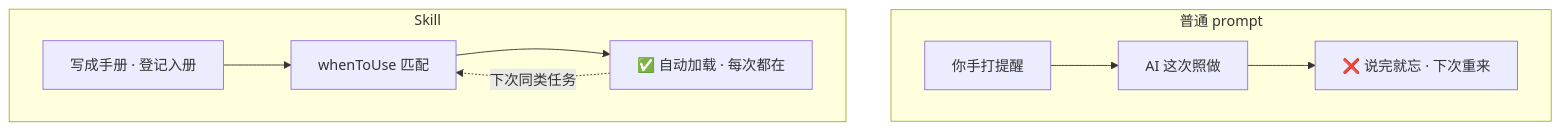
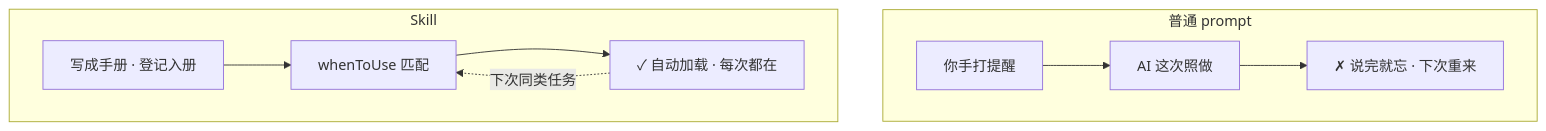
The fourth of 8 diagrams in docs/02_CONCEPTS_概念入门/CONCEPT/[CONCEPT-05] 什么是Skill-技能.md (luckykhy/KhyAiHub), drawn with Mermaid before and after one commit. The commit also changed other lines of this file and 19 other files, not shown here.

````diff
--- a/docs/02_CONCEPTS_概念入门/CONCEPT/[CONCEPT-05] 什么是Skill-技能.md
+++ b/docs/02_CONCEPTS_概念入门/CONCEPT/[CONCEPT-05] 什么是Skill-技能.md
@@ -176,10 +176,10 @@
 ```mermaid
 flowchart TB
   subgraph P["普通 prompt"]
-    P1[你手打提醒] --> P2[AI 这次照做] --> P3[❌ 说完就忘 · 下次重来]
+    P1[你手打提醒] --> P2[AI 这次照做] --> P3[✗ 说完就忘 · 下次重来]
   end
   subgraph K["Skill"]
-    K1[写成手册 · 登记入册] --> K2[whenToUse 匹配] --> K3[✅ 自动加载 · 每次都在]
+    K1[写成手册 · 登记入册] --> K2[whenToUse 匹配] --> K3[✓ 自动加载 · 每次都在]
     K3 -.下次同类任务.-> K2
   end
 ```
````
